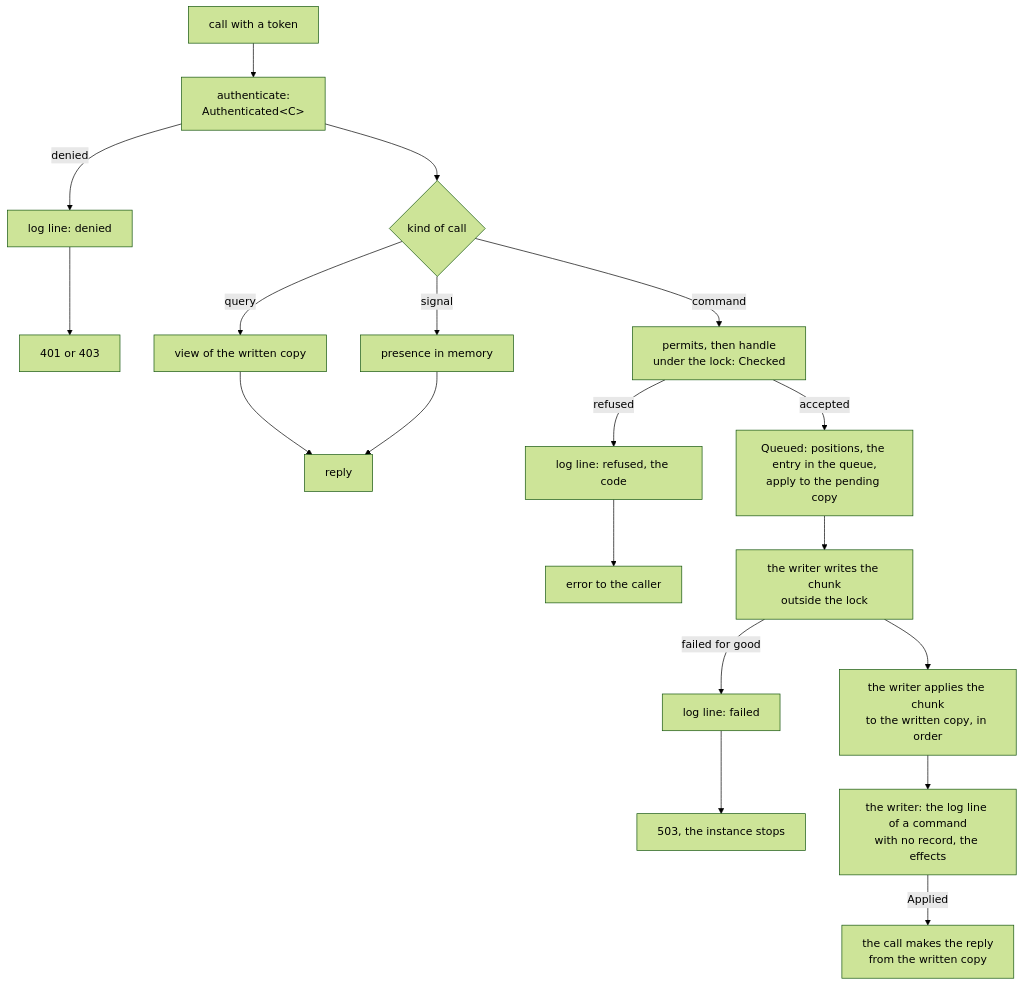
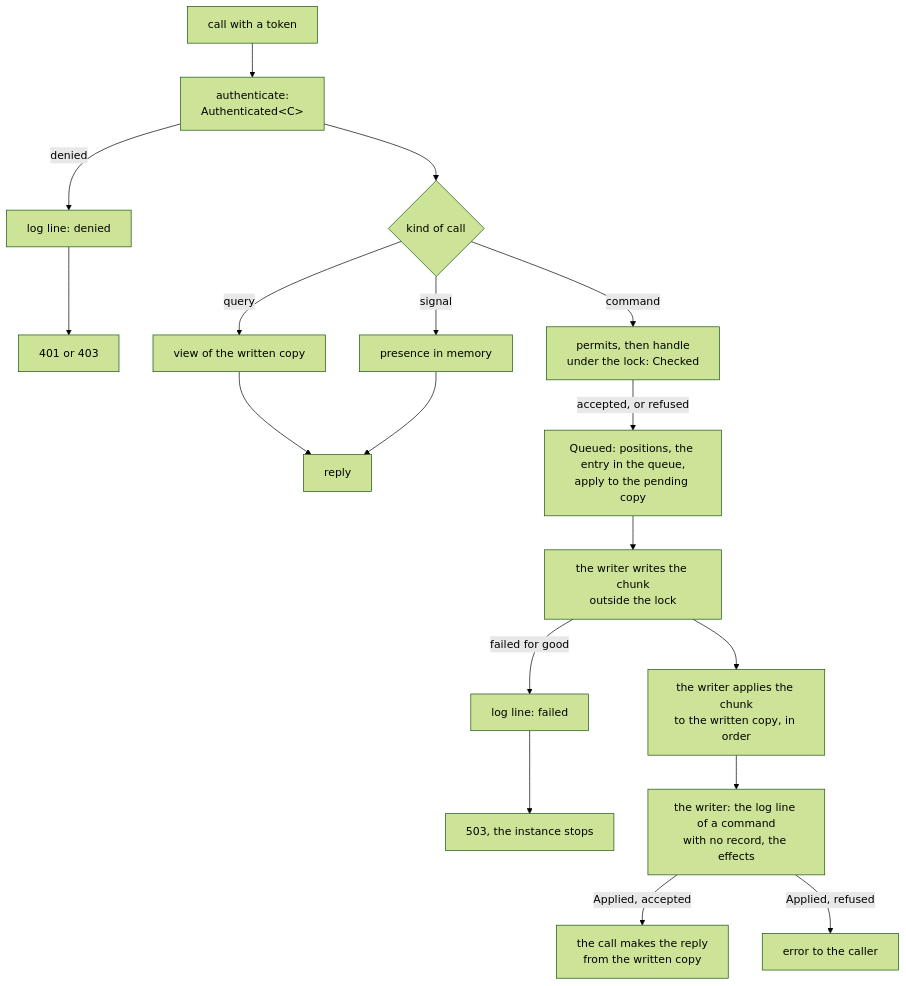
Before and after one commit to como-technologies/riff: the first of 3 diagrams in docs/src/design-engine.md, drawn with Mermaid (forest theme). The commit also changed other lines of this file and 1 other file, not shown here.

````diff
--- a/docs/src/design-engine.md
+++ b/docs/src/design-engine.md
@@ -37,16 +37,16 @@
 ```mermaid
 flowchart TD
     C[call with a token] --> A["authenticate:<br/>Authenticated&lt;C&gt;"]
     A -->|denied| D[log line: denied] --> E0[401 or 403]
     A --> K{kind of call}
     K -->|query| Q["view of the written copy"] --> QR[reply]
     K -->|signal| P["presence in memory"] --> QR
     K -->|command| H["permits, then handle<br/>under the lock: Checked"]
-    H -->|refused| J1[log line: refused, the code] --> E[error to the caller]
-    H -->|accepted| U["Queued: positions, the entry in the queue,<br/>apply to the pending copy"]
+    H -->|"accepted, or refused"| U["Queued: positions, the entry in the queue,<br/>apply to the pending copy"]
     U --> W["the writer writes the chunk<br/>outside the lock"]
     W -->|failed for good| J3[log line: failed] --> S[503, the instance stops]
     W --> AP["the writer applies the chunk<br/>to the written copy, in order"]
     AP --> F["the writer: the log line of a command<br/>with no record, the effects"]
-    F -->|Applied| R[the call makes the reply<br/>from the written copy]
+    F -->|"Applied, accepted"| R[the call makes the reply<br/>from the written copy]
+    F -->|"Applied, refused"| E[error to the caller]
 ```
````
